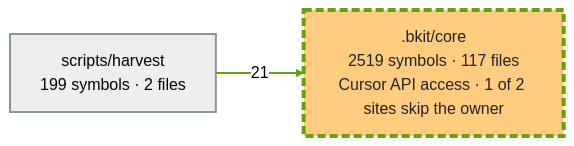
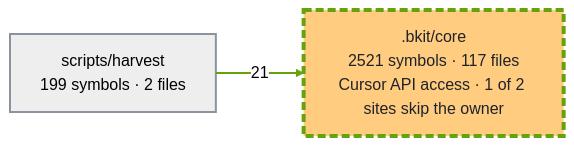
The second of 3 diagrams in docs/capabilities.md (cbartens/bkit), drawn with Mermaid (neutral theme) before and after one commit. The commit also changed other lines of this file, not shown here.

Commit message:
docs(capabilities): refresh the register for the tips and commands/lib symbols

````diff
--- a/docs/capabilities.md
+++ b/docs/capabilities.md
@@ -169,16 +169,16 @@
 ```mermaid
 ---
 config:
   layout: elk
   flowchart:
     useMaxWidth: false
 ---
 flowchart LR
-  %% Generated by bkit-graphify-rollup.py from ce9a4c97789625bb51f8d5bae595f7584fb9941e — do not edit
-  n_bkit_core[".bkit/core<br/>2519 symbols · 117 files<br/>Cursor API access · 1 of 2 sites skip the owner"]
+  %% Generated by bkit-graphify-rollup.py from 84f59670947bda23bd5ccce2c3632651e574a4c6 — do not edit
+  n_bkit_core[".bkit/core<br/>2521 symbols · 117 files<br/>Cursor API access · 1 of 2 sites skip the owner"]
   nscripts_harvest["scripts/harvest<br/>199 symbols · 2 files"]
   nscripts_harvest -->|21| n_bkit_core
   style n_bkit_core stroke:#65a30d,stroke-width:4px,stroke-dasharray:8 4,fill:#ffcc80,color:#1f2328
   style nscripts_harvest stroke:#8b949e,stroke-width:2px
   linkStyle 0 stroke:#65a30d,stroke-width:2px
 ```
````
